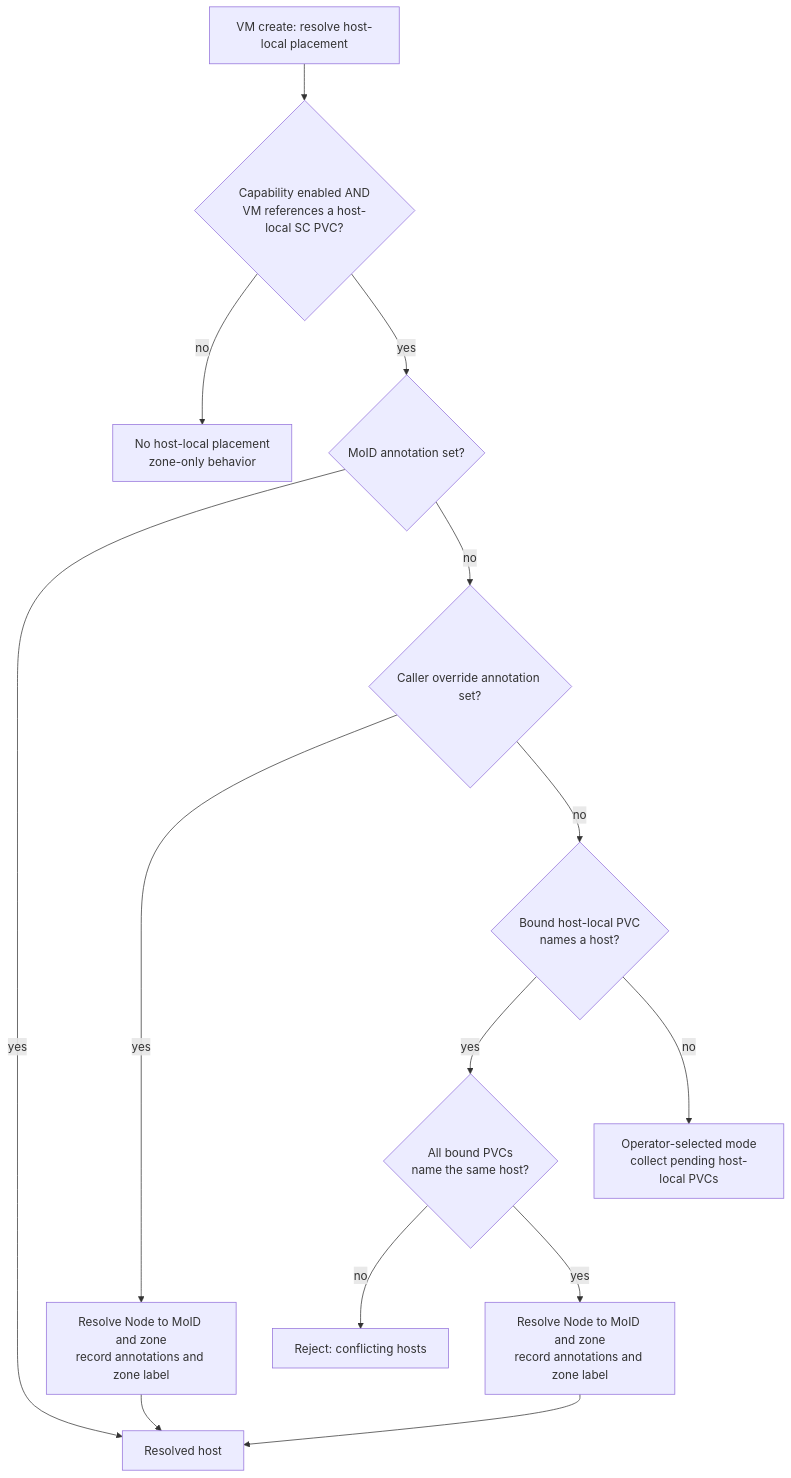
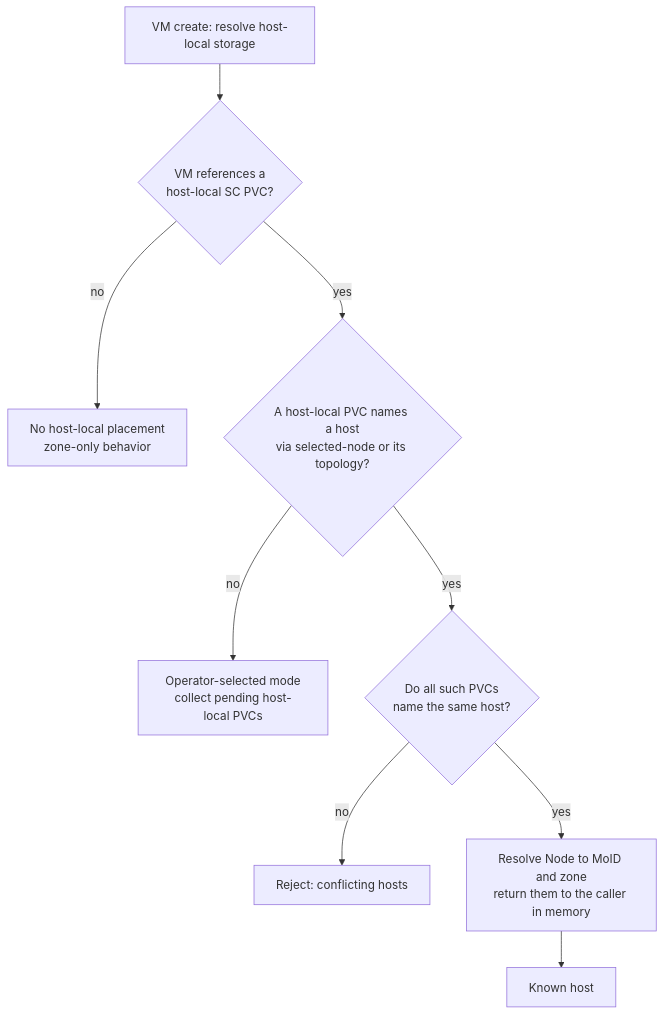
One commit to vmware-tanzu/vm-operator changed the second of 8 diagrams in .sdd/specs/004-host-local-storage/architecture.md. Above: the diagram before and after it, drawn with Mermaid. The commit also changed other lines of this file and 26 other files, not shown here.

````diff
--- a/.sdd/specs/004-host-local-storage/architecture.md
+++ b/.sdd/specs/004-host-local-storage/architecture.md
@@ -169,16 +168,11 @@
 ```mermaid
 flowchart TD
-    A[VM create: resolve host-local placement] --> B{Capability enabled AND<br/>VM references a host-local SC PVC?}
+    A[VM create: resolve host-local storage] --> B{VM references a<br/>host-local SC PVC?}
     B -- no --> Z[No host-local placement<br/>zone-only behavior]
-    B -- yes --> C{MoID annotation set?}
-    C -- yes --> PIN[Resolved host]
-    C -- no --> D{Caller override annotation set?}
-    D -- yes --> R1[Resolve Node to MoID and zone<br/>record annotations and zone label]
-    R1 --> PIN
-    D -- no --> E{Bound host-local PVC<br/>names a host?}
-    E -- yes --> F{All bound PVCs<br/>name the same host?}
+    B -- yes --> E{A host-local PVC names a host<br/>via selected-node or its topology?}
+    E -- no --> G[Operator-selected mode<br/>collect pending host-local PVCs]
+    E -- yes --> F{Do all such PVCs<br/>name the same host?}
     F -- no --> ERR[Reject: conflicting hosts]
-    F -- yes --> R2[Resolve Node to MoID and zone<br/>record annotations and zone label]
-    R2 --> PIN
-    E -- no --> G[Operator-selected mode<br/>collect pending host-local PVCs]
+    F -- yes --> R[Resolve Node to MoID and zone<br/>return them to the caller in memory]
+    R --> PIN[Known host]
 ```
````
